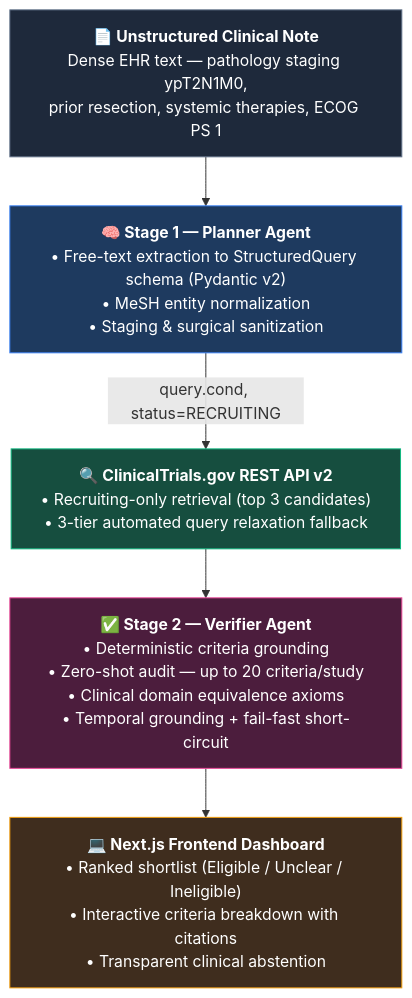
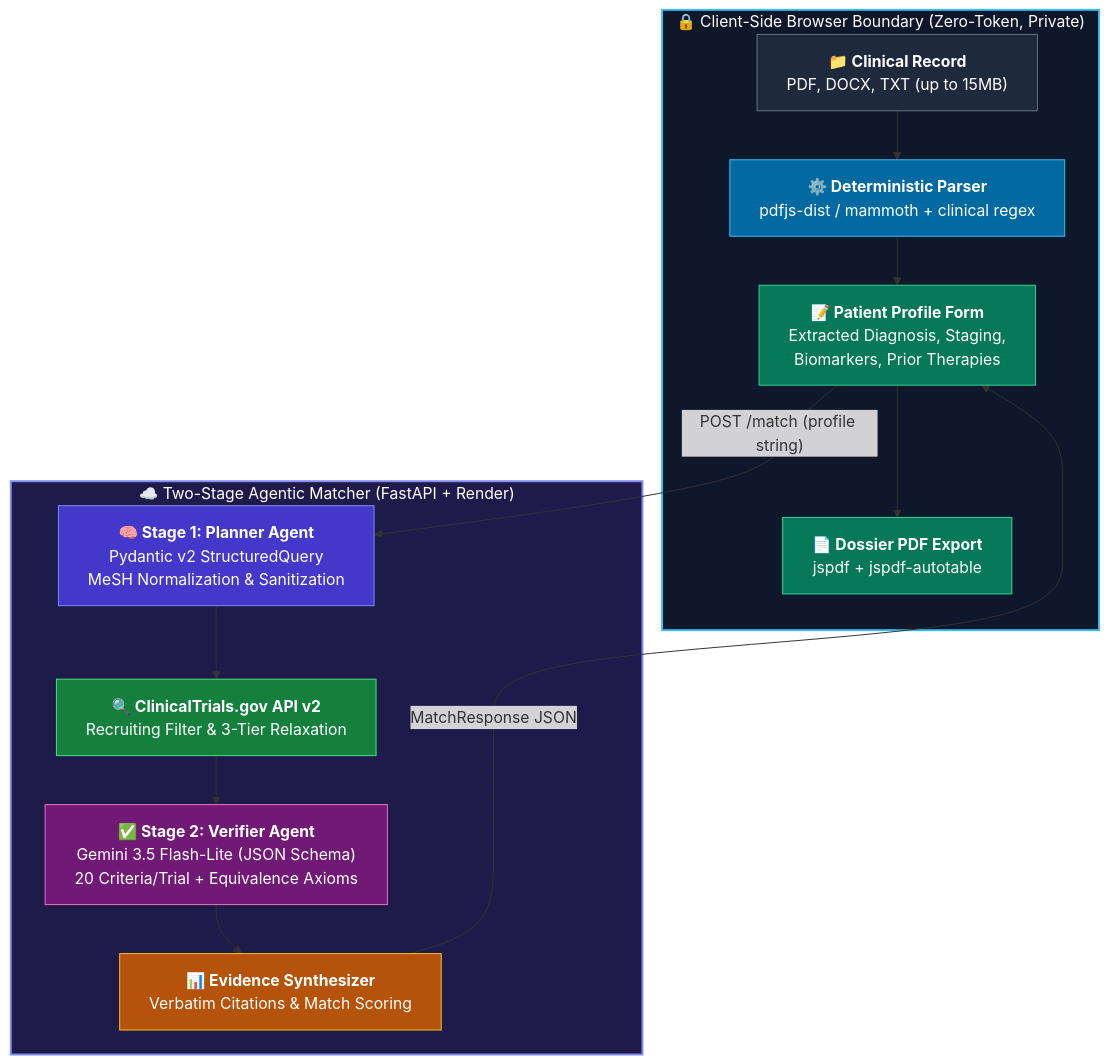
Before and after one commit to snhaal/clinical-evidence-navigator: the diagram in README.md, drawn with Mermaid. The commit also changed other lines of this file, not shown here.

Commit message:
docs: update README with v1.2.0 document ingestion, PDF export, and architecture

````diff
--- a/README.md
+++ b/README.md
@@ -26,38 +54,48 @@
 ```mermaid
 %%{init: {'flowchart': {'wrappingWidth': 340}}}%%
 flowchart TD
-    A["`**📄 Unstructured Clinical Note**
-    Dense EHR text — pathology staging ypT2N1M0,
-    prior resection, systemic therapies, ECOG PS 1`"]
+    subgraph Browser["🔒 Client-Side Browser Boundary (Zero-Token, Private)"]
+        DOC["`**📁 Clinical Record**
+        PDF, DOCX, TXT (up to 15MB)`"]
+        PARSE["`**⚙️ Deterministic Parser**
+        pdfjs-dist / mammoth + clinical regex`"]
+        EDIT["`**📝 Patient Profile Form**
+        Extracted Diagnosis, Staging,
+        Biomarkers, Prior Therapies`"]
+        EXPORT["`**📄 Dossier PDF Export**
+        jspdf + jspdf-autotable`"]
+    end
 
-    B["`**🧠 Stage 1 — Planner Agent**
-    • Free-text extraction to StructuredQuery schema (Pydantic v2)
-    • MeSH entity normalization
-    • Staging & surgical sanitization`"]
+    subgraph Backend["☁️ Two-Stage Agentic Matcher (FastAPI + Render)"]
+        PLAN["`**🧠 Stage 1: Planner Agent**
+        Pydantic v2 StructuredQuery
+        MeSH Normalization & Sanitization`"]
+        ACT["`**🔍 ClinicalTrials.gov API v2**
+        Recruiting Filter & 3-Tier Relaxation`"]
+        VERIFY["`**✅ Stage 2: Verifier Agent**
+        Gemini 3.5 Flash-Lite (JSON Schema)
+        20 Criteria/Trial + Equivalence Axioms`"]
+        SYNTH["`**📊 Evidence Synthesizer**
+        Verbatim Citations & Match Scoring`"]
+    end
 
-    C["`**🔍 ClinicalTrials.gov REST API v2**
-    • Recruiting-only retrieval (top 3 candidates)
-    • 3-tier automated query relaxation fallback`"]
+    DOC --> PARSE
+    PARSE --> EDIT
+    EDIT -->|"POST /match (profile string)"| PLAN
+    PLAN --> ACT
+    ACT --> VERIFY
+    VERIFY --> SYNTH
+    SYNTH -->|"MatchResponse JSON"| EDIT
+    EDIT --> EXPORT
 
-    D["`**✅ Stage 2 — Verifier Agent**
-    • Deterministic criteria grounding
-    • Zero-shot audit — up to 20 criteria/study
-    • Clinical domain equivalence axioms
-    • Temporal grounding + fail-fast short-circuit`"]
-
-    E["`**💻 Next.js Frontend Dashboard**
-    • Ranked shortlist (Eligible / Unclear / Ineligible)
-    • Interactive criteria breakdown with citations
-    • Transparent clinical abstention`"]
-
-    A --> B
-    B -->|"query.cond, status=RECRUITING"| C
-    C --> D
-    D --> E
-
-    style A fill:#1e293b,stroke:#64748b,color:#fff
-    style B fill:#1e3a5f,stroke:#3b82f6,color:#fff
-    style C fill:#164e3f,stroke:#10b981,color:#fff
-    style D fill:#4c1d3d,stroke:#ec4899,color:#fff
-    style E fill:#3f2d1e,stroke:#f59e0b,color:#fff
+    style Browser fill:#0f172a,stroke:#38bdf8,stroke-width:2px,color:#fff
+    style Backend fill:#1e1b4b,stroke:#818cf8,stroke-width:2px,color:#fff
+    style DOC fill:#1e293b,stroke:#64748b,color:#fff
+    style PARSE fill:#0369a1,stroke:#38bdf8,color:#fff
+    style EDIT fill:#047857,stroke:#34d399,color:#fff
+    style EXPORT fill:#047857,stroke:#34d399,color:#fff
+    style PLAN fill:#4338ca,stroke:#818cf8,color:#fff
+    style ACT fill:#15803d,stroke:#4ade80,color:#fff
+    style VERIFY fill:#701a75,stroke:#f472b6,color:#fff
+    style SYNTH fill:#b45309,stroke:#fbbf24,color:#fff
 ```
````
